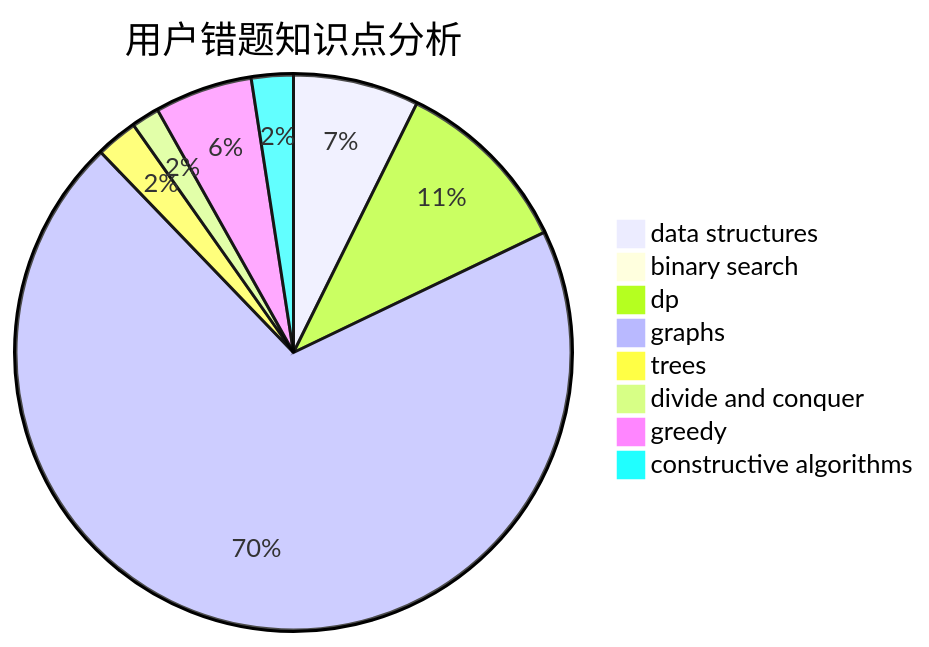
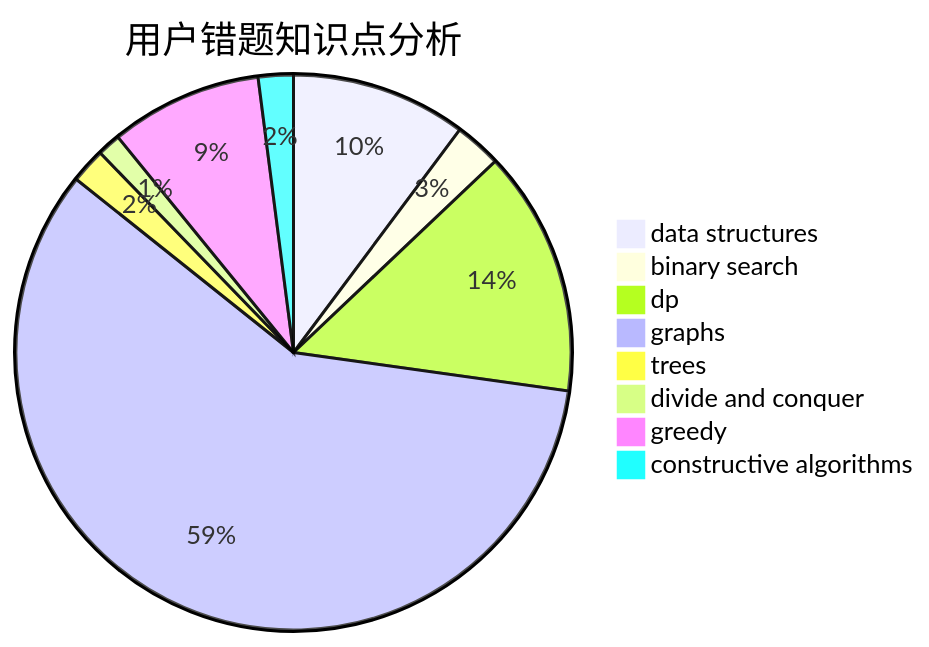
The third of 3 diagrams in docs/user/u2174.md (sherpahu/cfrs.github.io), drawn with Mermaid before and after one commit. The commit also changed other lines of this file and 2770 other files, not shown here.

````diff
--- a/docs/user/u2174.md
+++ b/docs/user/u2174.md
@@ -36,11 +36,11 @@
 ```mermaid
 pie title 用户错题知识点分析
-    "data structures" :  9
-    "binary search" :  0
-    "dp" :  13
+    "data structures" :  15
+    "binary search" :  4
+    "dp" :  21
     "graphs" :  86
     "trees" :  3
     "divide and conquer" :  2
-    "greedy" :  7
+    "greedy" :  13
     "constructive algorithms" :  3
 ```
````
